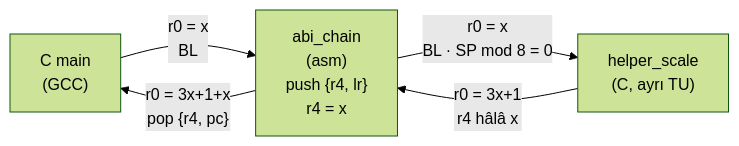
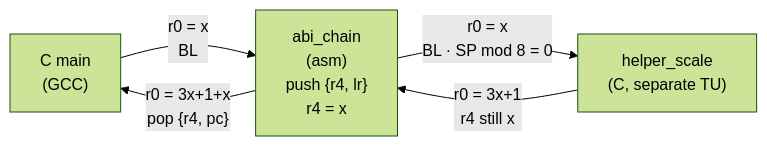
The diagram in lessons/09-compiler-aapcs/README.md (Merd0/ARM-Cortex-M-Lab), drawn with Mermaid (forest theme) before and after one commit. The commit also changed other lines of this file and 11 other files, not shown here.

````diff
--- a/lessons/09-compiler-aapcs/README.md
+++ b/lessons/09-compiler-aapcs/README.md
@@ -148,7 +150,7 @@
 ```mermaid
 flowchart LR
     M["C main<br/>(GCC)"] -->|"r0 = x<br/>BL"| A["abi_chain<br/>(asm)<br/>push {r4, lr}<br/>r4 = x"]
-    A -->|"r0 = x<br/>BL · SP mod 8 = 0"| H["helper_scale<br/>(C, ayrı TU)"]
-    H -->|"r0 = 3x+1<br/>r4 hâlâ x"| A
+    A -->|"r0 = x<br/>BL · SP mod 8 = 0"| H["helper_scale<br/>(C, separate TU)"]
+    H -->|"r0 = 3x+1<br/>r4 still x"| A
     A -->|"r0 = 3x+1+x<br/>pop {r4, pc}"| M
 ```
````
